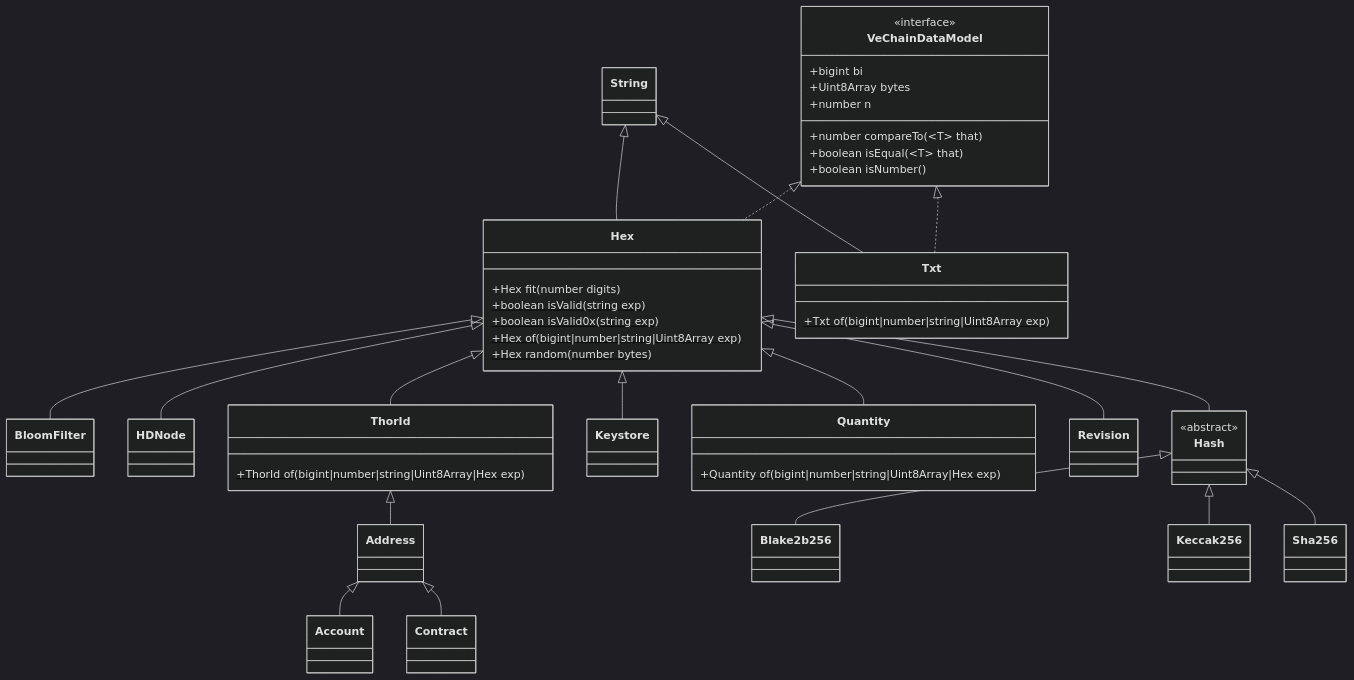
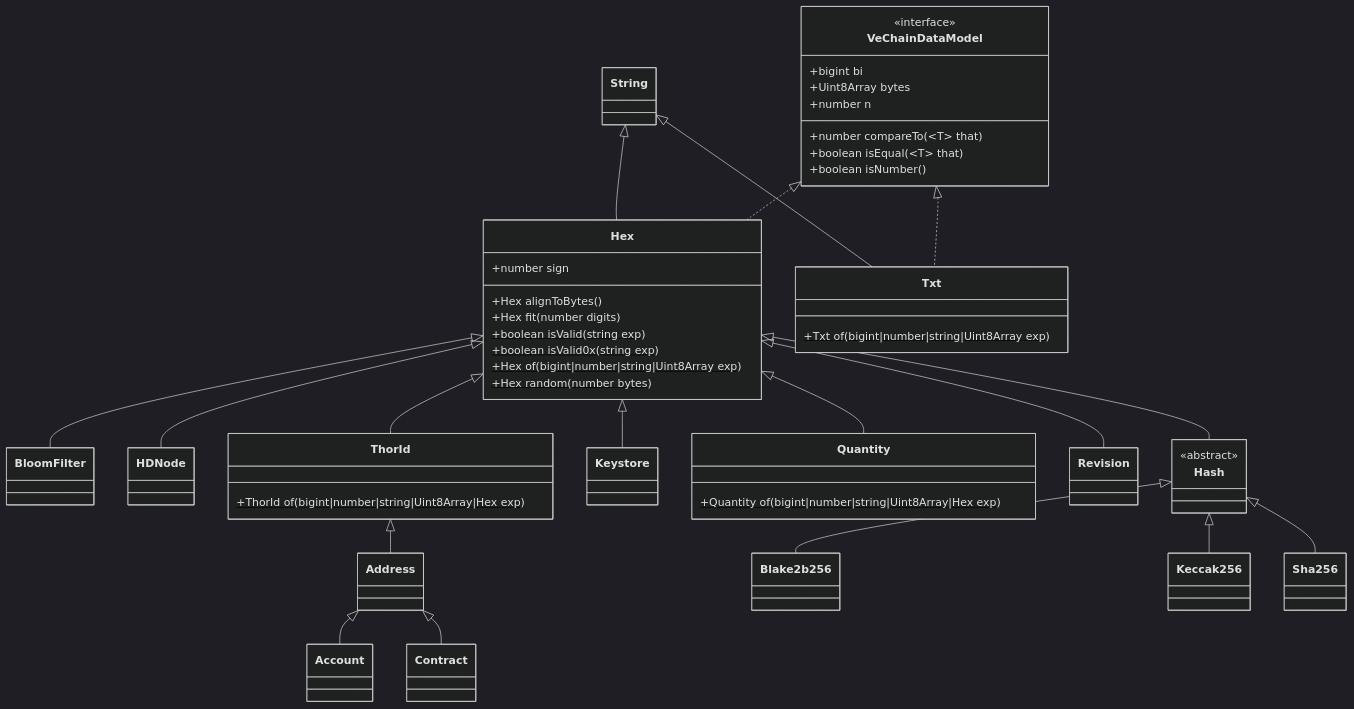
One commit to vechain/vechain-sdk-js changed the diagram in docs/diagrams/architecture/vcdm.md. Above: the diagram before and after it, drawn with Mermaid (dark theme). The commit also changed 2 other files, not shown here.

Commit message:
feat: 1100 Quantity.ts testing
BREAKING CHANGE: `Quantity` class replaces `Quantity` const type.

````diff
--- a/docs/diagrams/architecture/vcdm.md
+++ b/docs/diagrams/architecture/vcdm.md
@@ -1,60 +1,62 @@
 ```mermaid
 classDiagram
     class Account
     class Address
     class Blake2b256
     class BloomFilter
     class Contract
     class HDNode
     class Hash {
         <<abstract>>
     }
     class Hex {
+        +number sign
+        +Hex alignToBytes()
         +Hex fit(number digits)
         +boolean isValid(string exp)$
         +boolean isValid0x(string exp)$
         +Hex of(bigint|number|string|Uint8Array exp)$
         +Hex random(number bytes)$
     }
     class Keccak256 
     class Keystore
     class Quantity {
         +Quantity of(bigint|number|string|Uint8Array|Hex exp)$
     }
     class Revision
     class Sha256
     class String
     class ThorId {
         +ThorId of(bigint|number|string|Uint8Array|Hex exp)$
     }
     class Txt {
         +Txt of(bigint|number|string|Uint8Array exp)$
     }
     class String
     class VeChainDataModel{
         <<interface>>
       +bigint bi
       +Uint8Array bytes
       +number n
       +number compareTo(~T~ that)
       +boolean isEqual(~T~ that)
       +boolean isNumber()
     }
     Address <|-- Account
     Address <|-- Contract
     Hash <|-- Blake2b256
     Hash <|-- Keccak256
     Hash <|-- Sha256
     Hex <|-- BloomFilter
     Hex <|-- HDNode
     Hex <|-- Hash
     Hex <|-- Keystore
     Hex <|-- Quantity
     Hex <|-- Revision
     Hex <|-- ThorId
     String <|-- Hex
     String <|-- Txt
     ThorId <|-- Address
     VeChainDataModel <|.. Hex
     VeChainDataModel <|.. Txt
 ```
````
